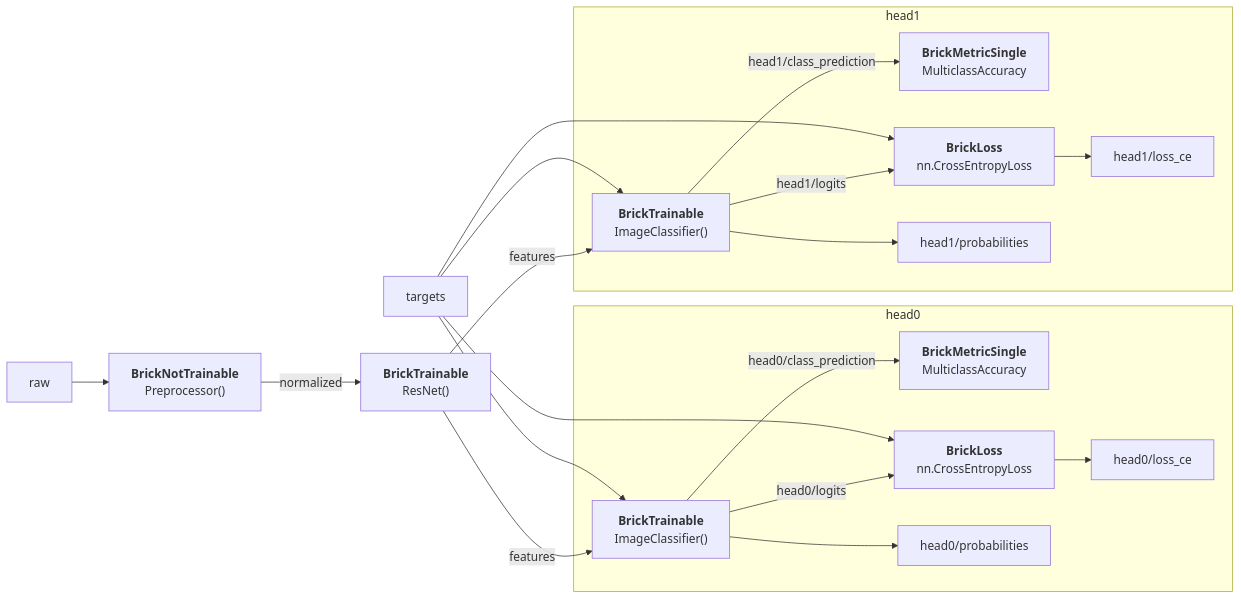
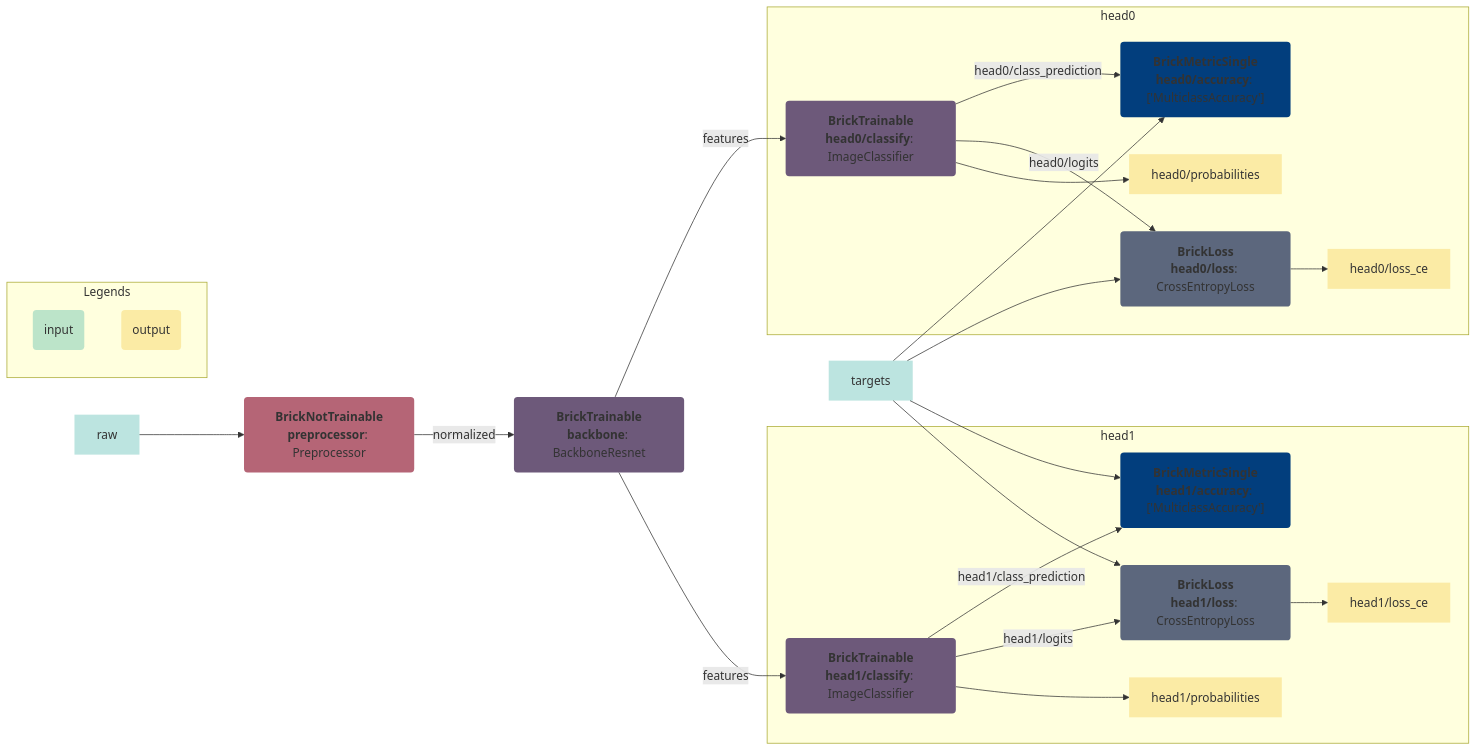
The third of 3 diagrams in README.md (pete-machine/torchbricks), drawn with Mermaid before and after one commit. The commit also changed other lines of this file and 1 other file, not shown here.

Commit message:
Use mermaid graphs in readme

```````diff
--- a/README.md
+++ b/README.md
@@ -427,49 +438,51 @@
 ```mermaid
 flowchart LR
-
-    preprocessor["`**BrickNotTrainable**
-    Preprocessor()`"] 
-
-    backbone["`**BrickTrainable**
-    ResNet()`"] 
+    %% Brick definitions
+    preprocessor("<strong>BrickNotTrainable</strong><br><strong>preprocessor</strong>: Preprocessor"):::BrickNotTrainable
+    backbone("<strong>BrickTrainable</strong><br><strong>backbone</strong>: BackboneResnet"):::BrickTrainable
+    head0/classify("<strong>BrickTrainable</strong><br><strong>head0/classify</strong>: ImageClassifier"):::BrickTrainable
+    head0/accuracy("<strong>BrickMetricSingle</strong><br><strong>head0/accuracy</strong>: ['MulticlassAccuracy']"):::BrickMetricSingle
+    head0/loss("<strong>BrickLoss</strong><br><strong>head0/loss</strong>: CrossEntropyLoss"):::BrickLoss
+    head1/classify("<strong>BrickTrainable</strong><br><strong>head1/classify</strong>: ImageClassifier"):::BrickTrainable
+    head1/accuracy("<strong>BrickMetricSingle</strong><br><strong>head1/accuracy</strong>: ['MulticlassAccuracy']"):::BrickMetricSingle
+    head1/loss("<strong>BrickLoss</strong><br><strong>head1/loss</strong>: CrossEntropyLoss"):::BrickLoss
     
-    head0/classifier["`**BrickTrainable**
-        ImageClassifier()`"]
-    head0/accuracy["`**BrickMetricSingle**
-        MulticlassAccuracy`"]
-    head0/loss["`**BrickLoss**
-        nn.CrossEntropyLoss`"]
+    %% Draw input and outputs
+    raw:::input --> preprocessor
+    targets:::input --> head0/accuracy
+    targets:::input --> head0/loss
+    targets:::input --> head1/accuracy
+    targets:::input --> head1/loss
     
-    head1/classifier["`**BrickTrainable**
-        ImageClassifier()`"]
-    head1/accuracy["`**BrickMetricSingle**
-        MulticlassAccuracy`"]
-    head1/loss["`**BrickLoss**
-        nn.CrossEntropyLoss`"]
-
-    %% Inputs %%
-    targets --> head0/loss & head0/classifier & head1/loss & head1/classifier
-    raw --> preprocessor
-    %% inputs -- targets --> head0/loss & head0/classifier & head1/loss & head1/classifier
-    %% inputs -- raw --> preprocessor
-
-    %% Preprocessor: Connected to
-    preprocessor -- normalized -->backbone
-    
-    %% backbone: Connected to
-    backbone -- features --> head0/classifier & head1/classifier
-
+    %% Draw nodes and edges
+    preprocessor --> |normalized| backbone
+    backbone --> |features| head0/classify
+    backbone --> |features| head1/classify
     subgraph head0
-        head0/classifier -- head0/class_prediction --> head0/accuracy
-        head0/classifier --> head0/probabilities
-        head0/classifier -- head0/logits --> head0/loss
-        head0/loss --> head0/loss_ce
-        
+        head0/classify --> |head0/class_prediction| head0/accuracy
+        head0/classify --> |head0/logits| head0/loss
+        head0/classify --> head0/probabilities:::output
+        head0/loss --> head0/loss_ce:::output
     end
     subgraph head1
-        head1/classifier -- head1/class_prediction --> head1/accuracy
-        head1/classifier --> head1/probabilities
-        head1/classifier -- head1/logits --> head1/loss
-        head1/loss --> head1/loss_ce
-    end    
-``````
+        head1/classify --> |head1/class_prediction| head1/accuracy
+        head1/classify --> |head1/logits| head1/loss
+        head1/classify --> head1/probabilities:::output
+        head1/loss --> head1/loss_ce:::output
+    end
+    
+    %% Add styling
+    classDef arrow stroke-width:0px,fill-opacity:0.0 
+    classDef input stroke-width:0px,fill-opacity:0.3,fill:#22A699 
+    classDef output stroke-width:0px,fill-opacity:0.3,fill:#F2BE22 
+    classDef BrickNotTrainable stroke-width:0px,fill:#B56576 
+    classDef BrickTrainable stroke-width:0px,fill:#6D597A 
+    classDef BrickMetricSingle stroke-width:0px,fill:#023E7D 
+    classDef BrickLoss stroke-width:0px,fill:#5C677D 
+    
+    %% Add legends
+    subgraph Legends
+        input(input):::input
+        output(output):::output
+    end
+```
```````
